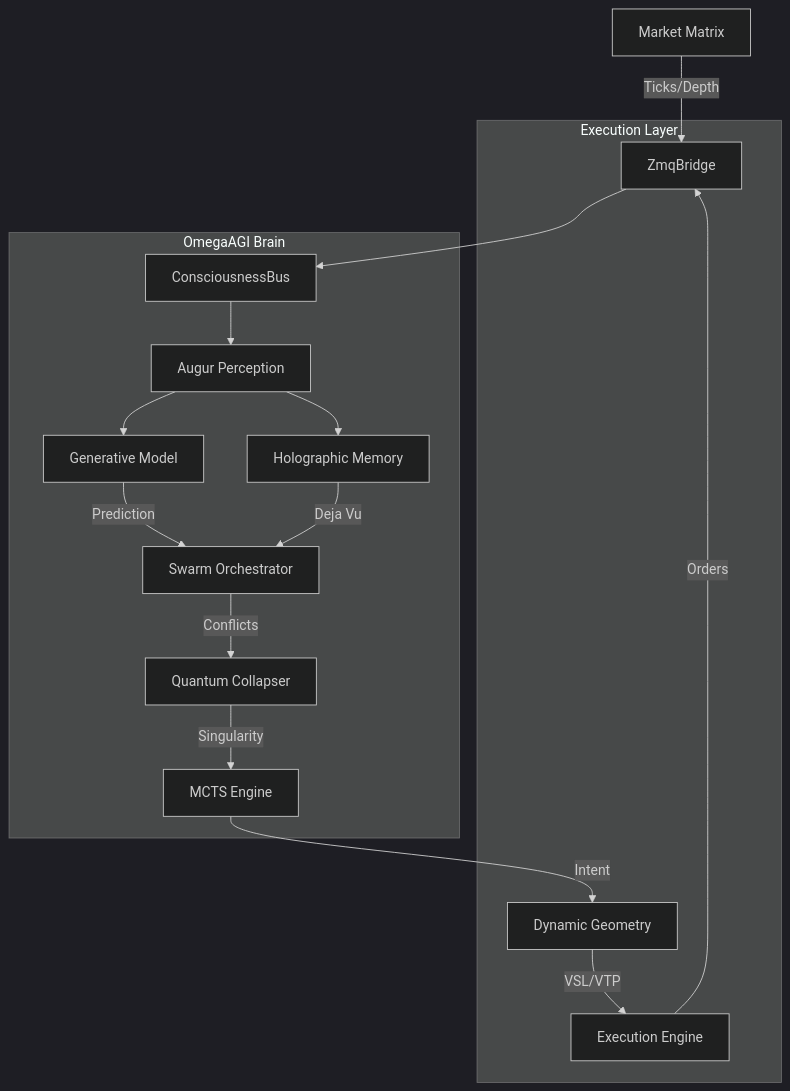
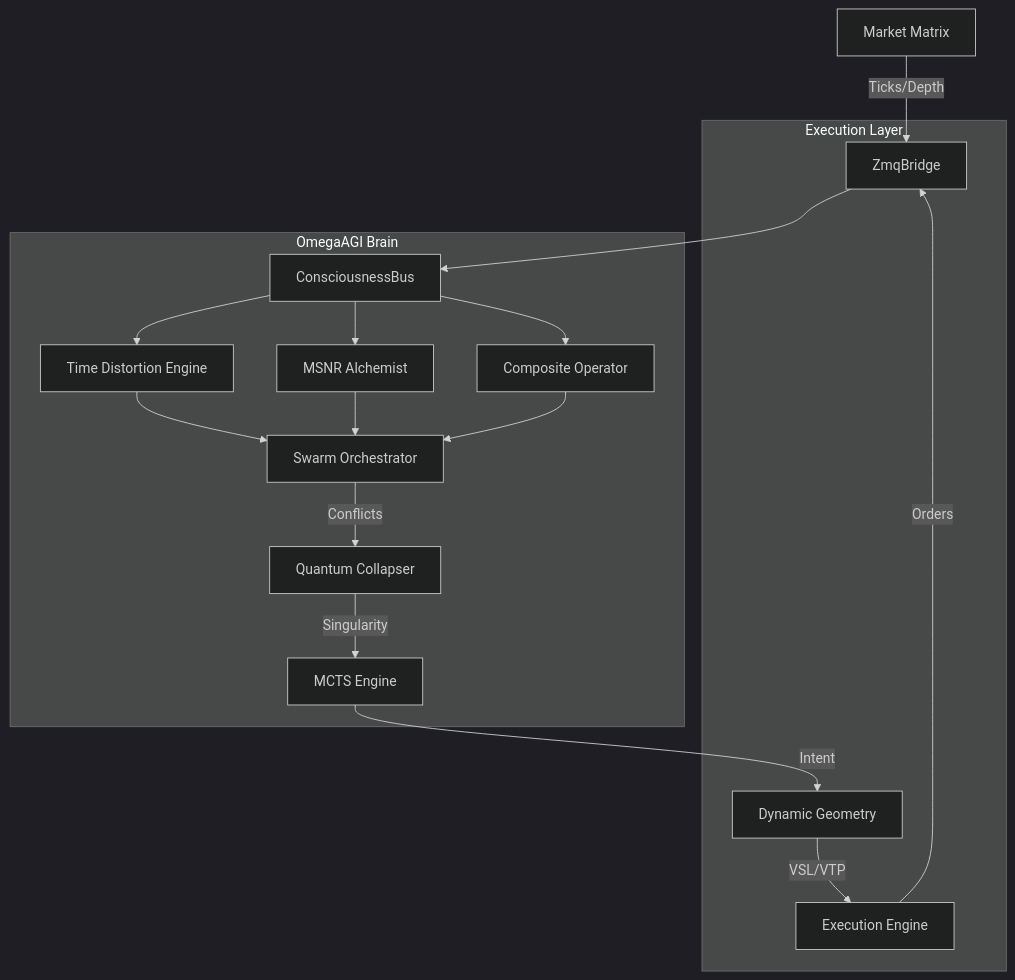
Before and after one commit to jokerofcassinos/Atl4s_f0rex_secret: the diagram in README.md, drawn with Mermaid (dark theme). The commit also changed other lines of this file and 19 other files, not shown here.

````diff
--- a/README.md
+++ b/README.md
@@ -58,23 +60,24 @@
 ```mermaid
 graph TD
     Market[Market Matrix] --> |Ticks/Depth| Bridge[ZmqBridge]
     Bridge --> Bus[ConsciousnessBus]
     
     subgraph "OmegaAGI Brain"
-        Bus --> Vision[Augur Perception]
-        Vision --> Dream[Generative Model]
-        Vision --> Memory[Holographic Memory]
+        Bus --> Physics[Time Distortion Engine]
+        Bus --> Structure[MSNR Alchemist]
+        Bus --> Profiler[Composite Operator]
         
-        Dream --> |Prediction| Cortex[Swarm Orchestrator]
-        Memory --> |Deja Vu| Cortex
+        Physics --> cortex[Swarm Orchestrator]
+        Structure --> cortex
+        Profiler --> cortex
         
-        Cortex --> |Conflicts| Quantum[Quantum Collapser]
+        cortex --> |Conflicts| Quantum[Quantum Collapser]
         Quantum --> |Singularity| GrandMaster[MCTS Engine]
     end
     
     subgraph "Execution Layer"
         GrandMaster --> |Intent| Geometry[Dynamic Geometry]
         Geometry --> |VSL/VTP| Executor[Execution Engine]
         Executor --> |Orders| Bridge
     end
 ```
````
